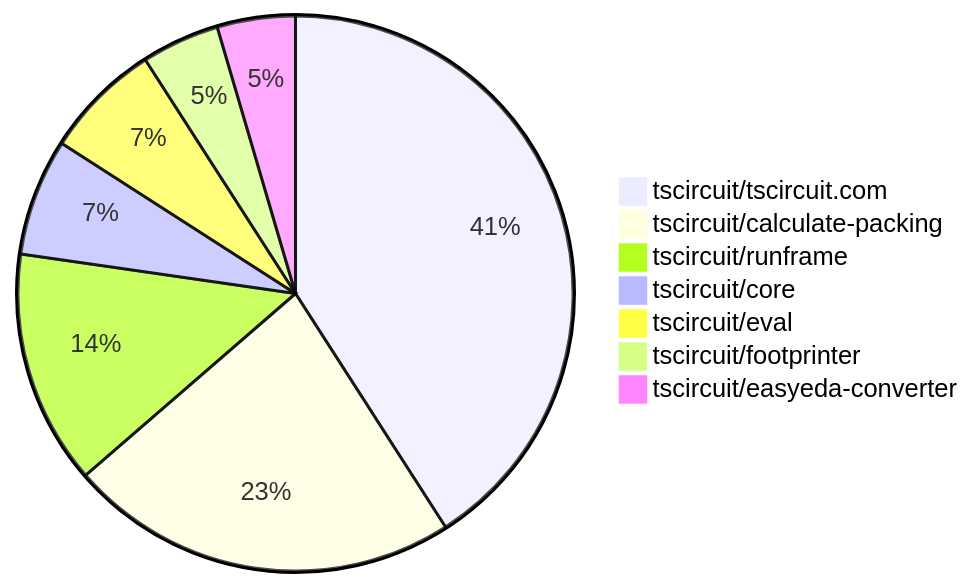
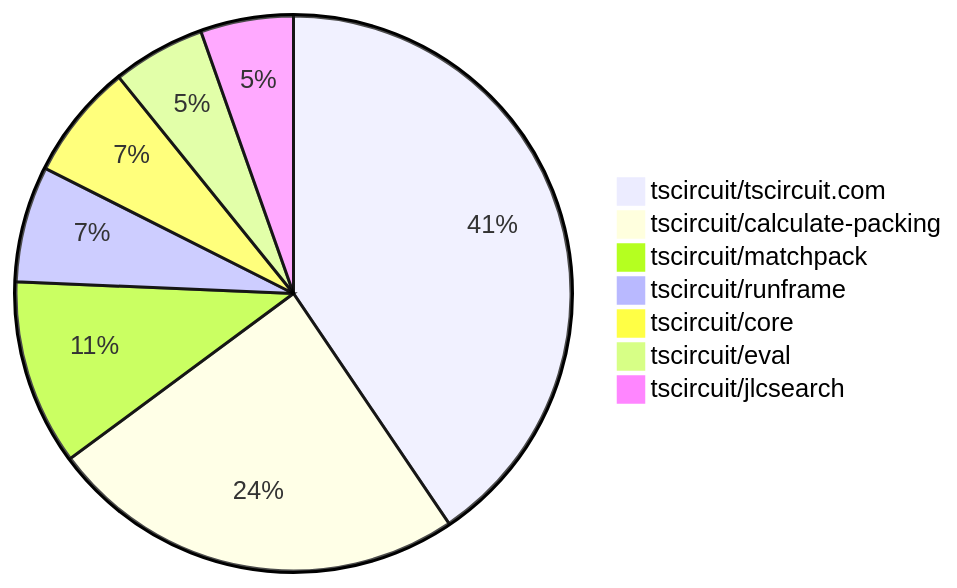
The second of 2 diagrams in README.md (tscircuit/contribution-tracker), drawn with Mermaid before and after one commit. The commit also changed other lines of this file and 3 other files, not shown here.

````diff
--- a/README.md
+++ b/README.md
@@ -81,10 +90,10 @@
 ```mermaid
 pie
-    "tscircuit/tscircuit.com" : 18
-    "tscircuit/calculate-packing" : 10
-    "tscircuit/runframe" : 6
-    "tscircuit/core" : 3
-    "tscircuit/eval" : 3
-    "tscircuit/footprinter" : 2
-    "tscircuit/easyeda-converter" : 2
+    "tscircuit/tscircuit.com" : 30
+    "tscircuit/calculate-packing" : 18
+    "tscircuit/matchpack" : 8
+    "tscircuit/runframe" : 5
+    "tscircuit/core" : 5
+    "tscircuit/eval" : 4
+    "tscircuit/jlcsearch" : 4
 ```
````
